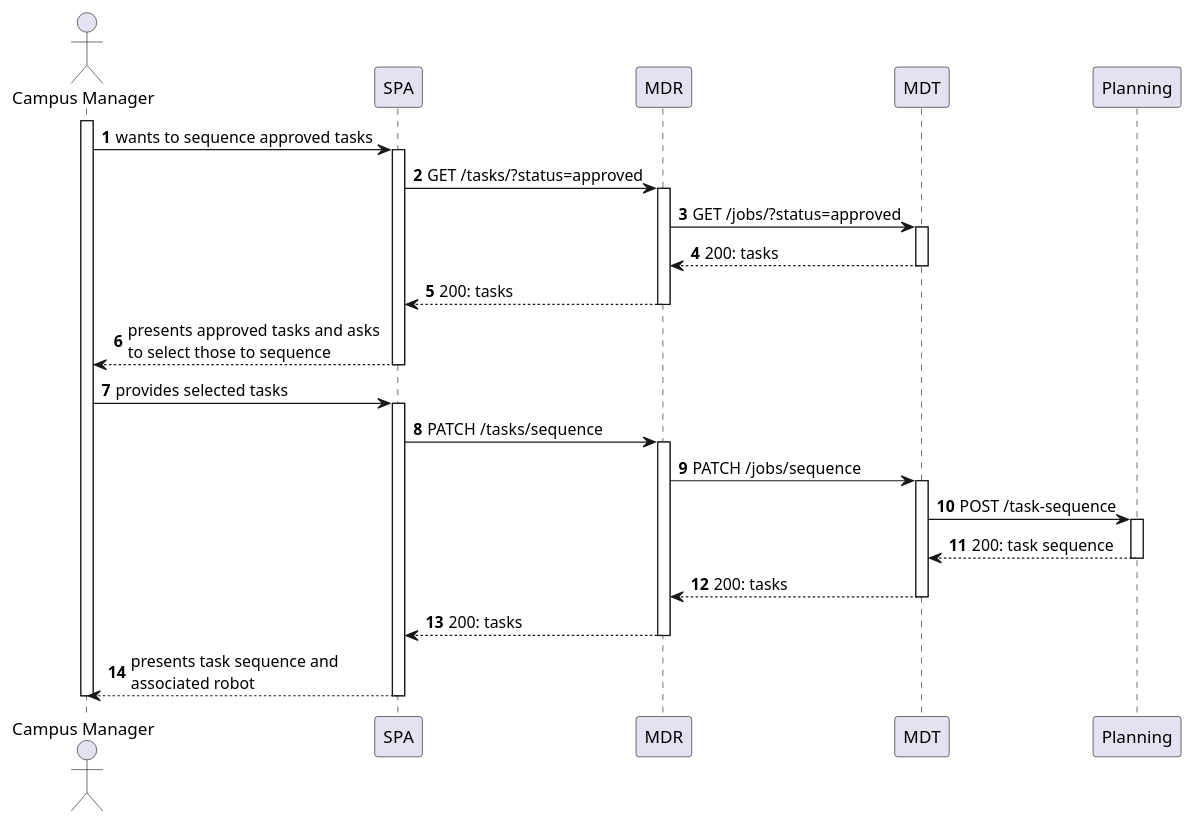
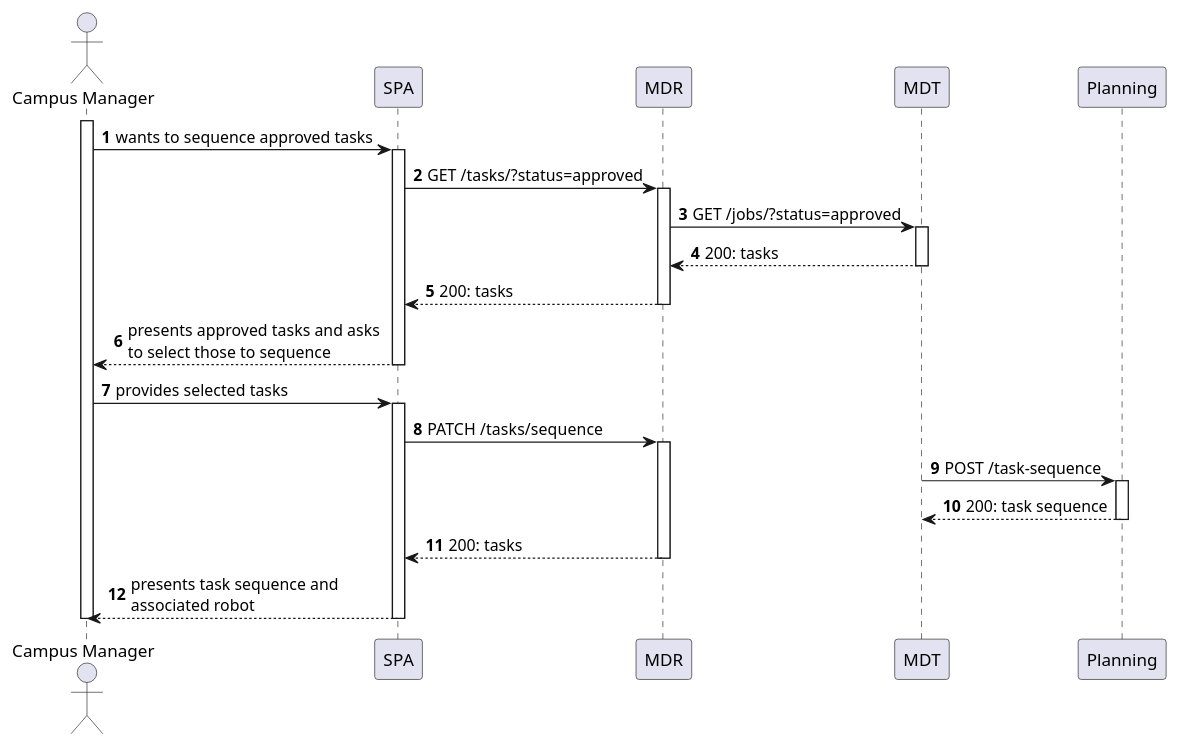
Before and after one commit to Departamento-de-Engenharia-Informatica/lapr5-23-24-g19: the diagram in docs/us500/level2/process-view.puml, drawn with PlantUML. The commit also changed 26 other files, not shown here.

```diff
--- a/docs/us500/level2/process-view.puml
+++ b/docs/us500/level2/process-view.puml
@@ -1,42 +1,38 @@
 @startuml
 autonumber
 
 actor "Campus Manager" as usr
 
 participant "SPA" as ui
 participant "MDR" as mdr
 participant "MDT" as mdt
 participant "Planning" as plan
 
 activate usr
     usr -> ui : wants to sequence approved tasks
     activate ui
         ui -> mdr : GET /tasks/?status=approved
         activate mdr
             mdr -> mdt : GET /jobs/?status=approved
             activate mdt
                 mdt --> mdr : 200: tasks
             deactivate mdt
             mdr --> ui : 200: tasks
         deactivate mdr
         ui --> usr : presents approved tasks and asks \nto select those to sequence
     deactivate ui
 
     usr -> ui : provides selected tasks
     activate ui
         ui -> mdr : PATCH /tasks/sequence
         activate mdr
-            mdr -> mdt : PATCH /jobs/sequence
-            activate mdt
                 mdt -> plan : POST /task-sequence
                 activate plan
                     plan --> mdt : 200: task sequence
                 deactivate plan
-                mdt --> mdr : 200: tasks
-            deactivate mdt
             mdr --> ui : 200: tasks
         deactivate mdr
         ui --> usr : presents task sequence and \nassociated robot
     deactivate ui
 deactivate usr
 @enduml
```
